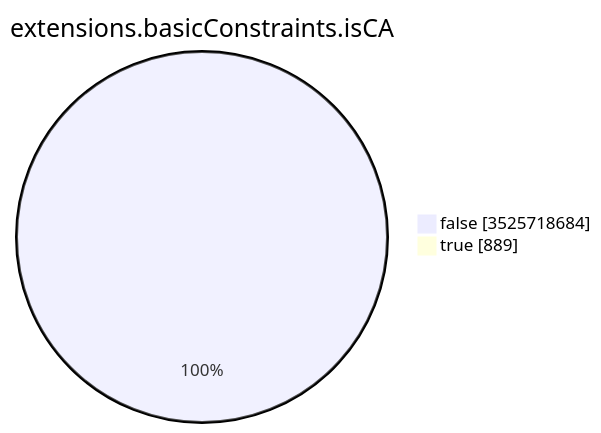
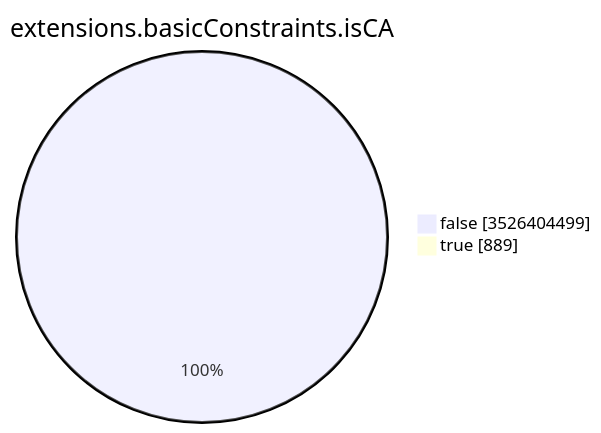
One commit to christiankrug/ctmonitor_visualization changed the seventh of 15 diagrams in TOTAL/README.md. Above: the diagram before and after it, drawn with Mermaid. The commit also changed other lines of this file, not shown here.

````diff
--- a/TOTAL/README.md
+++ b/TOTAL/README.md
@@ -3094,6 +3094,6 @@
 ```mermaid
 pie showData
 title extensions.basicConstraints.isCA
-"false" :3525718684
+"false" :3526404499
 "true" :889
 ```
````
